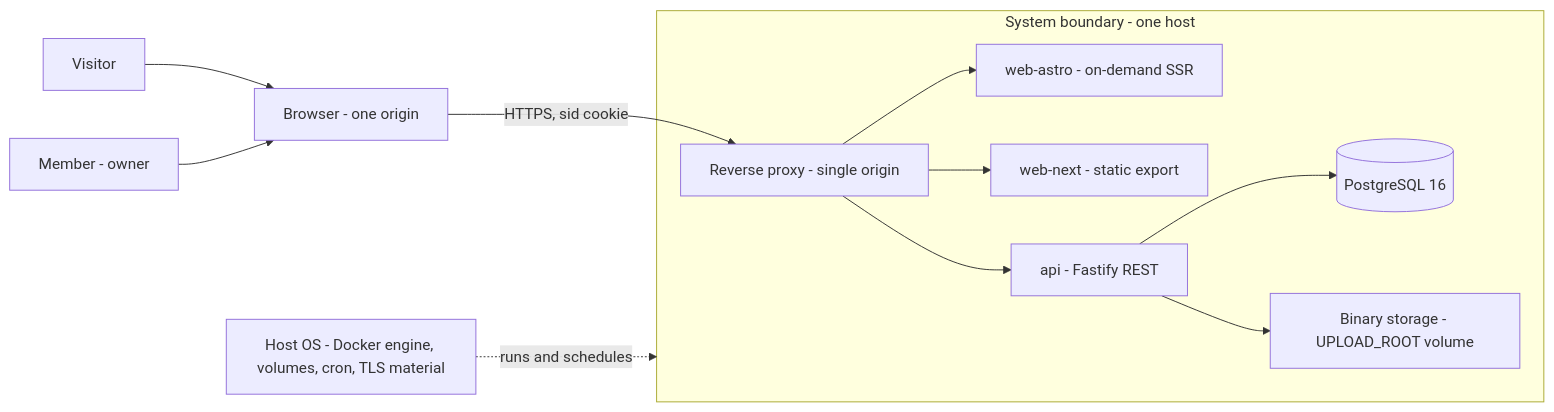
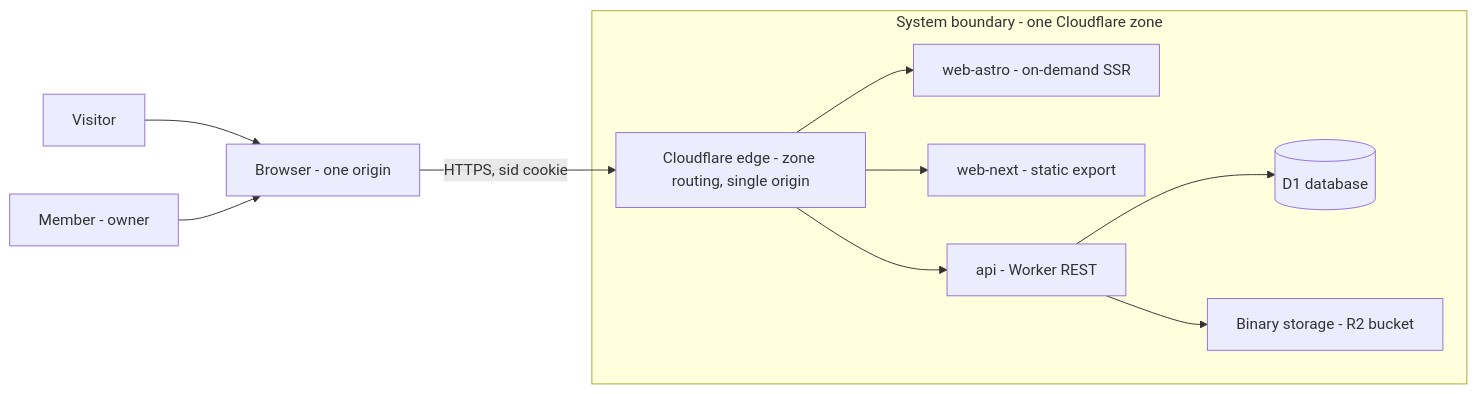
Before and after one commit to mhiqrambg/rweb-task-management: the first of 8 diagrams in .planning/03-system-architecture.md, drawn with Mermaid. The commit also changed other lines of this file and 18 other files, not shown here.

First line of the commit message:
docs: align the planning set and root docs to Cloudflare Workers + D1 + R2

````diff
--- a/.planning/03-system-architecture.md
+++ b/.planning/03-system-architecture.md
@@ -38,14 +37,13 @@
 ```mermaid
 flowchart LR
   Visitor["Visitor"] --> Browser["Browser - one origin"]
   Member["Member - owner"] --> Browser
-  Browser -->|"HTTPS, sid cookie"| Proxy["Reverse proxy - single origin"]
-  subgraph System["System boundary - one host"]
-    Proxy --> Astro["web-astro - on-demand SSR"]
-    Proxy --> Next["web-next - static export"]
-    Proxy --> Api["api - Fastify REST"]
-    Api --> Pg[("PostgreSQL 16")]
-    Api --> Store["Binary storage - UPLOAD_ROOT volume"]
+  Browser -->|"HTTPS, sid cookie"| Edge["Cloudflare edge - zone routing, single origin"]
+  subgraph System["System boundary - one Cloudflare zone"]
+    Edge --> Astro["web-astro - on-demand SSR"]
+    Edge --> Next["web-next - static export"]
+    Edge --> Api["api - Worker REST"]
+    Api --> Db[("D1 database")]
+    Api --> Store["Binary storage - R2 bucket"]
   end
-  HostOs["Host OS - Docker engine, volumes, cron, TLS material"] -.->|"runs and schedules"| System
 ```
````
